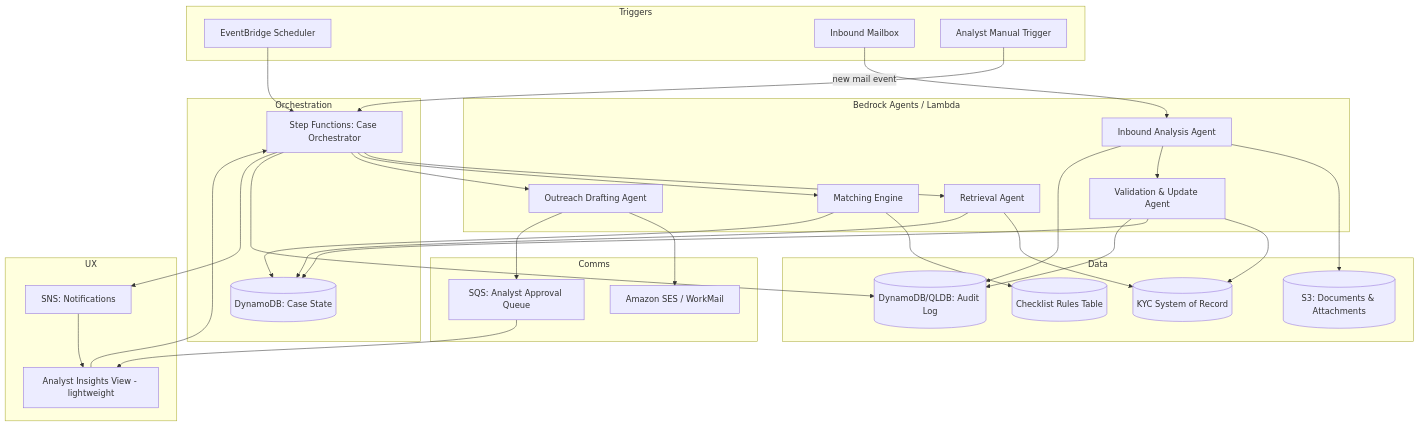
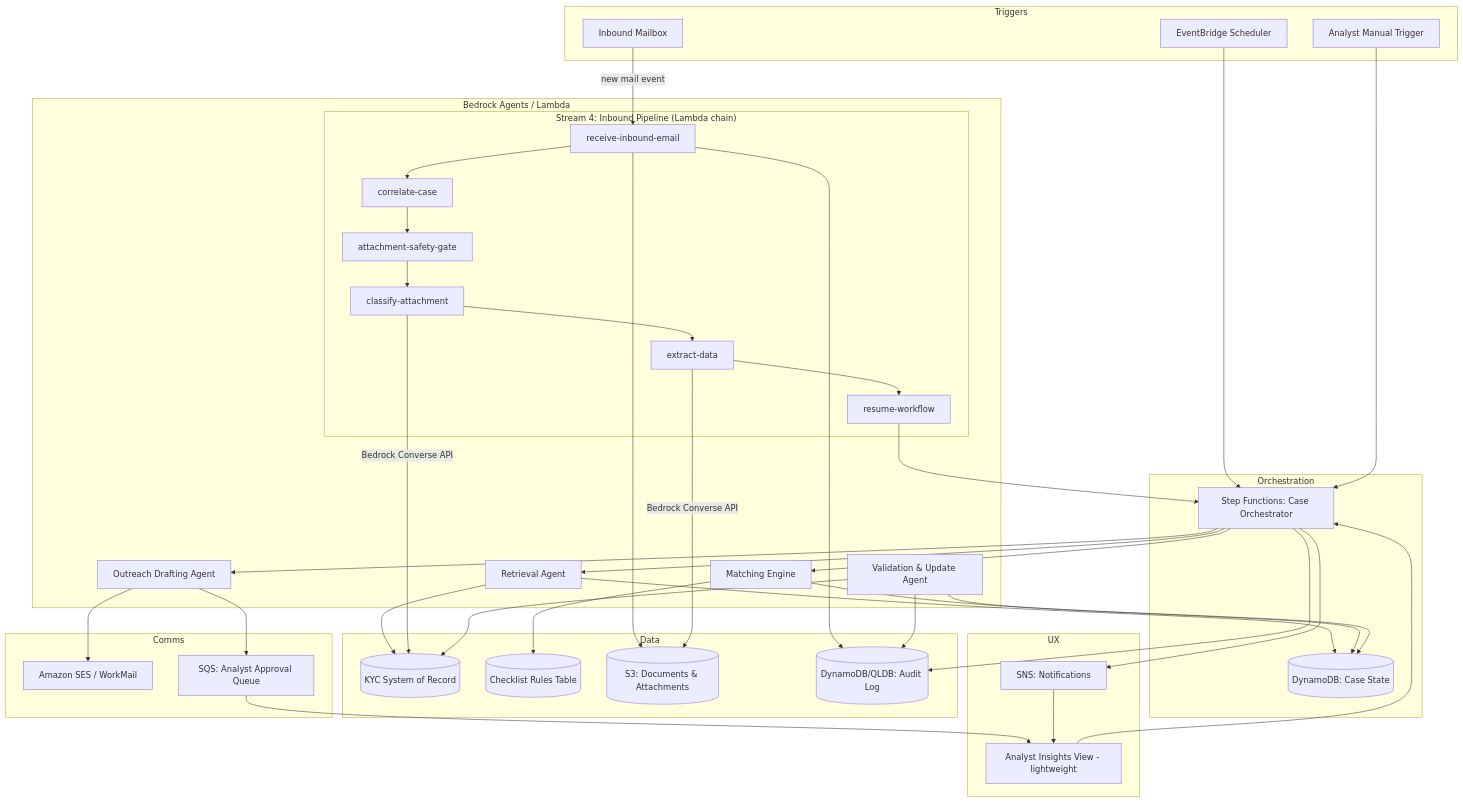
One commit to Arvind2015/ClientOutreach changed the diagram in .kiro/specs/client-outreach-agent/design.md. Above: the diagram before and after it, drawn with Mermaid. The commit also changed other lines of this file, not shown here.

Commit message:
Stream 4 Inbound email and document reading changes

````diff
--- a/.kiro/specs/client-outreach-agent/design.md
+++ b/.kiro/specs/client-outreach-agent/design.md
@@ -17,59 +17,69 @@
 ```mermaid
 flowchart TB
     subgraph Triggers
         SCH[EventBridge Scheduler] 
         MBX[Inbound Mailbox]
         ANALYST[Analyst Manual Trigger]
     end
 
     subgraph Orchestration
         SF[Step Functions: Case Orchestrator]
         DDB[(DynamoDB: Case State)]
     end
 
     subgraph Agents["Bedrock Agents / Lambda"]
         A1[Retrieval Agent]
         A2[Matching Engine]
         A3[Outreach Drafting Agent]
-        A4[Inbound Analysis Agent]
+        subgraph S4["Stream 4: Inbound Pipeline (Lambda chain)"]
+            A4a[receive-inbound-email]
+            A4b[correlate-case]
+            A4c[attachment-safety-gate]
+            A4d[classify-attachment]
+            A4e[extract-data]
+            A4f[resume-workflow]
+        end
         A5[Validation & Update Agent]
     end
 
     subgraph Data
         KYCSRC[(KYC System of Record)]
         RULES[(Checklist Rules Table)]
         S3DOC[(S3: Documents & Attachments)]
         AUDIT[(DynamoDB/QLDB: Audit Log)]
     end
 
     subgraph Comms
         SES[Amazon SES / WorkMail]
         QUEUE[SQS: Analyst Approval Queue]
     end
 
     subgraph UX
         DASH[Analyst Insights View - lightweight]
         NOTIFY[SNS: Notifications]
     end
 
     SCH --> SF
     ANALYST --> SF
-    MBX -->|new mail event| A4
+    MBX -->|new mail event| A4a
     SF --> A1 --> KYCSRC
     A1 --> DDB
     SF --> A2
     A2 --> RULES
     A2 --> DDB
     SF --> A3 --> SES
     A3 --> QUEUE
     QUEUE --> DASH
-    A4 --> S3DOC
-    A4 --> A5
+    A4a --> A4b --> A4c --> A4d --> A4e --> A4f
+    A4a --> S3DOC
+    A4d -->|Bedrock Converse API| KYCSRC
+    A4e -->|Bedrock Converse API| S3DOC
+    A4f --> SF
     A5 --> KYCSRC
     A5 --> DDB
     SF --> AUDIT
-    A4 --> AUDIT
+    A4a --> AUDIT
     A5 --> AUDIT
     SF --> NOTIFY --> DASH
     DASH --> SF
 ```
````
